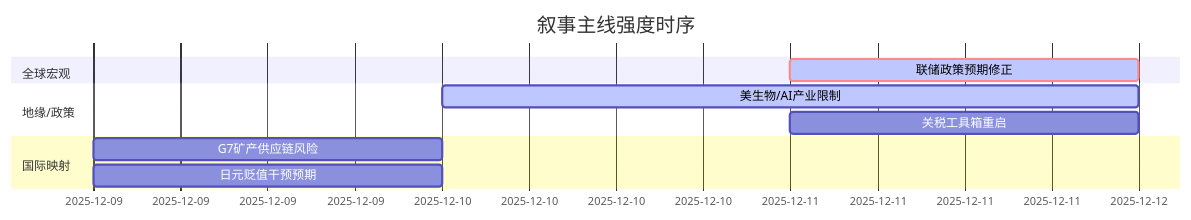
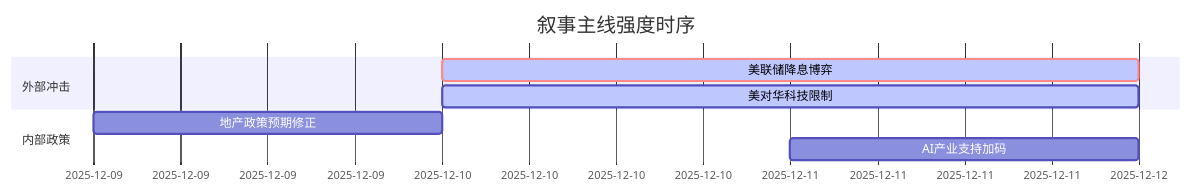
One commit to uu5zn/uu5zn.github.io changed the diagram in README.md. Above: the diagram before and after it, drawn with Mermaid. The commit also changed other lines of this file and 1 other file, not shown here.

````diff
--- a/README.md
+++ b/README.md
@@ -56,16 +56,12 @@
 ```mermaid
 gantt
     title 叙事主线强度时序
     dateFormat  YYYY-MM-DD
-    section 全球宏观
-    联储政策预期修正   :crit, active, 2025-12-11, 1d
+    section 外部冲击
+    美联储降息博弈 :crit, active, 2025-12-10, 2d
+    美对华科技限制   :active, 2025-12-10, 2d
     
-    section 地缘/政策
-    美生物/AI产业限制   :active, 2025-12-10, 2d
-    关税工具箱重启     :2025-12-11, 1d
-    
-    section 国际映射
-    G7矿产供应链风险   :2025-12-09, 1d
-    日元贬值干预预期   :2025-12-09, 1d
-
+    section 内部政策
+    地产政策预期修正 : 2025-12-09, 1d
+    AI产业支持加码   : 2025-12-11, 1d
 ```
````
